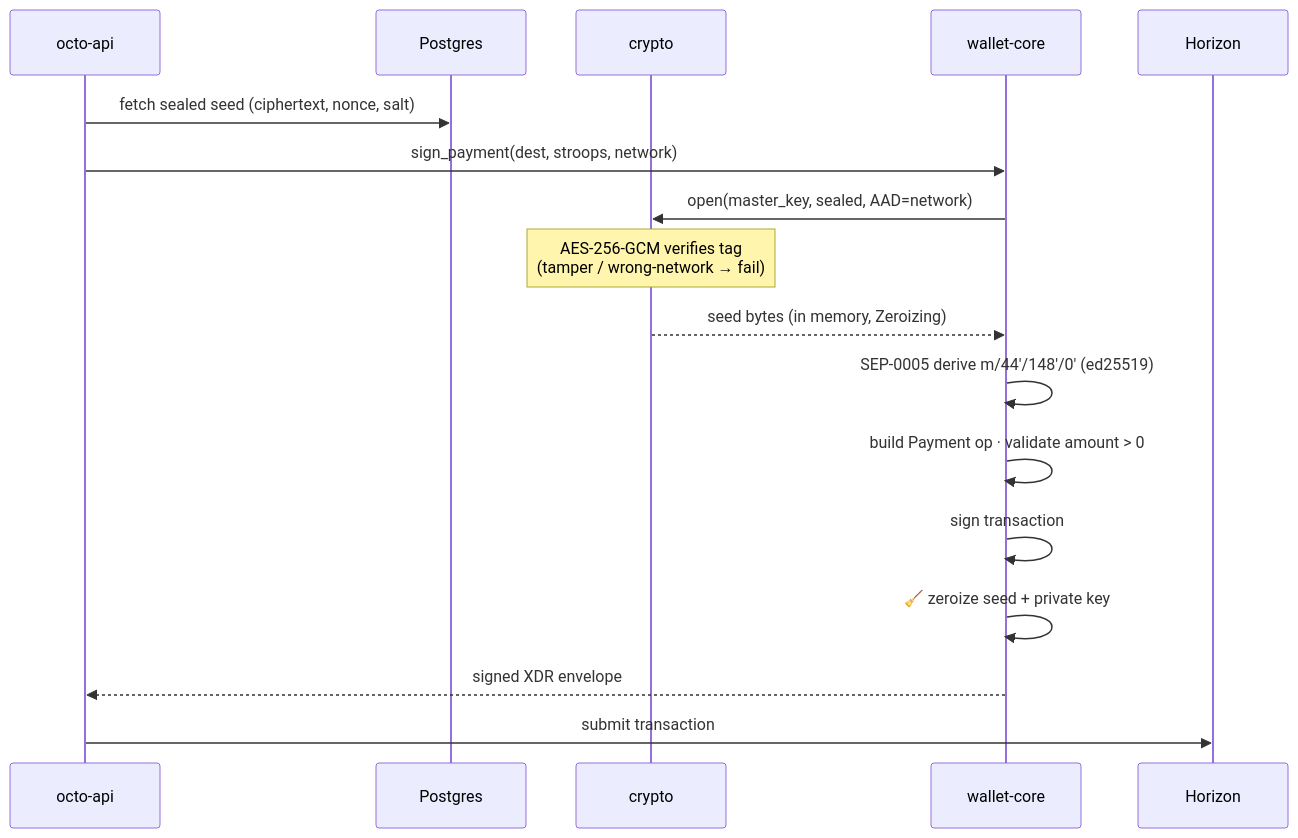
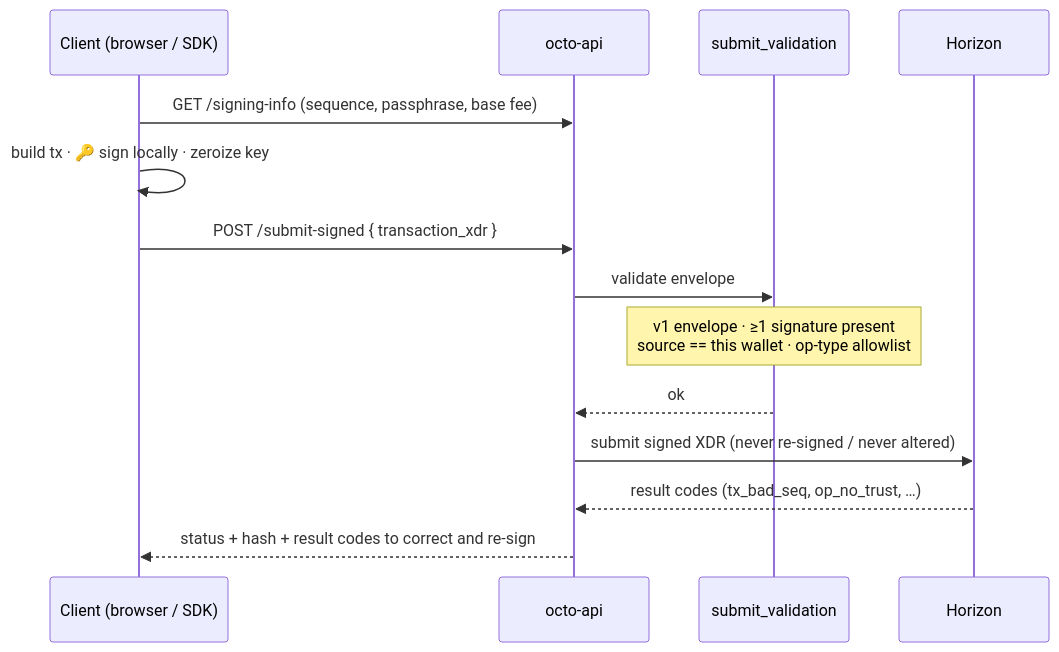
Before and after one commit to Octo-Protocol-org/Octo-Protocol: the second of 2 diagrams in README.md, drawn with Mermaid. The commit also changed other lines of this file and 4 other files, not shown here.

````diff
--- a/README.md
+++ b/README.md
@@ -150,20 +171,17 @@
 ```mermaid
 sequenceDiagram
+    participant CL as Client (browser / SDK)
     participant API as octo-api
-    participant DB as Postgres
-    participant CR as crypto
-    participant WC as wallet-core
+    participant V as submit_validation
     participant H as Horizon
 
-    API->>DB: fetch sealed seed (ciphertext, nonce, salt)
-    API->>WC: sign_payment(dest, stroops, network)
-    WC->>CR: open(master_key, sealed, AAD=network)
-    Note over CR: AES-256-GCM verifies tag<br/>(tamper / wrong-network → fail)
-    CR-->>WC: seed bytes (in memory, Zeroizing)
-    WC->>WC: SEP-0005 derive m/44'/148'/0' (ed25519)
-    WC->>WC: build Payment op · validate amount > 0
-    WC->>WC: sign transaction
-    WC->>WC: 🧹 zeroize seed + private key
-    WC-->>API: signed XDR envelope
-    API->>H: submit transaction
+    CL->>API: GET /signing-info (sequence, passphrase, base fee)
+    CL->>CL: build tx · 🔑 sign locally · zeroize key
+    CL->>API: POST /submit-signed { transaction_xdr }
+    API->>V: validate envelope
+    Note over V: v1 envelope · ≥1 signature present<br/>source == this wallet · op-type allowlist
+    V-->>API: ok
+    API->>H: submit signed XDR (never re-signed / never altered)
+    H-->>API: result codes (tx_bad_seq, op_no_trust, …)
+    API-->>CL: status + hash + result codes to correct and re-sign
 ```
````
